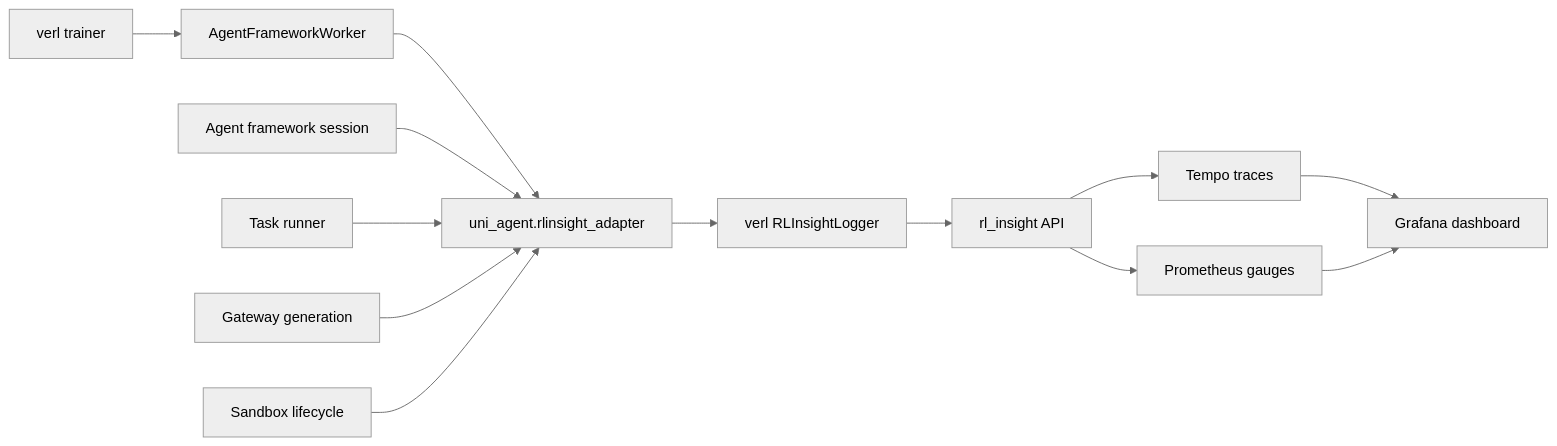
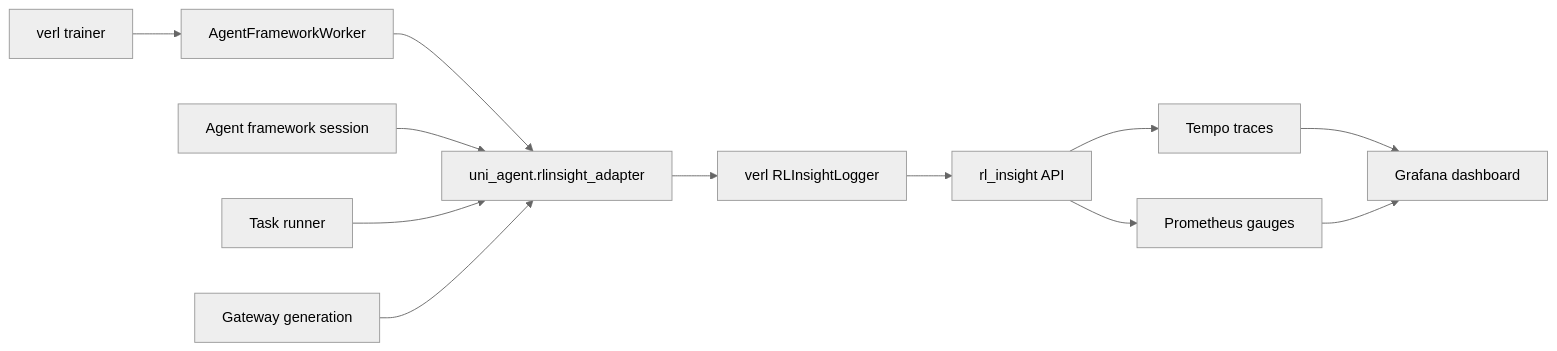
Before and after one commit to tardis-key/uni-agent: the first of 2 diagrams in docs/source/concepts/rl-insight-integration.md, drawn with Mermaid (neutral theme). The commit also changed other lines of this file and 5 other files, not shown here.

Commit message:
refactor(rl-insight): remove sandbox lifecycle instrumentation

````diff
--- a/docs/source/concepts/rl-insight-integration.md
+++ b/docs/source/concepts/rl-insight-integration.md
@@ -20,15 +19,14 @@
 ```mermaid
 flowchart LR
     trainer[verl trainer] --> worker[AgentFrameworkWorker]
     worker --> adapter[uni_agent.rlinsight_adapter]
     framework[Agent framework session] --> adapter
     task[Task runner] --> adapter
     gateway[Gateway generation] --> adapter
-    sandbox[Sandbox lifecycle] --> adapter
     adapter --> logger[verl RLInsightLogger]
     logger --> api[rl_insight API]
     api --> tempo[Tempo traces]
     api --> prometheus[Prometheus gauges]
     tempo --> grafana[Grafana dashboard]
     prometheus --> grafana
 ```
````
